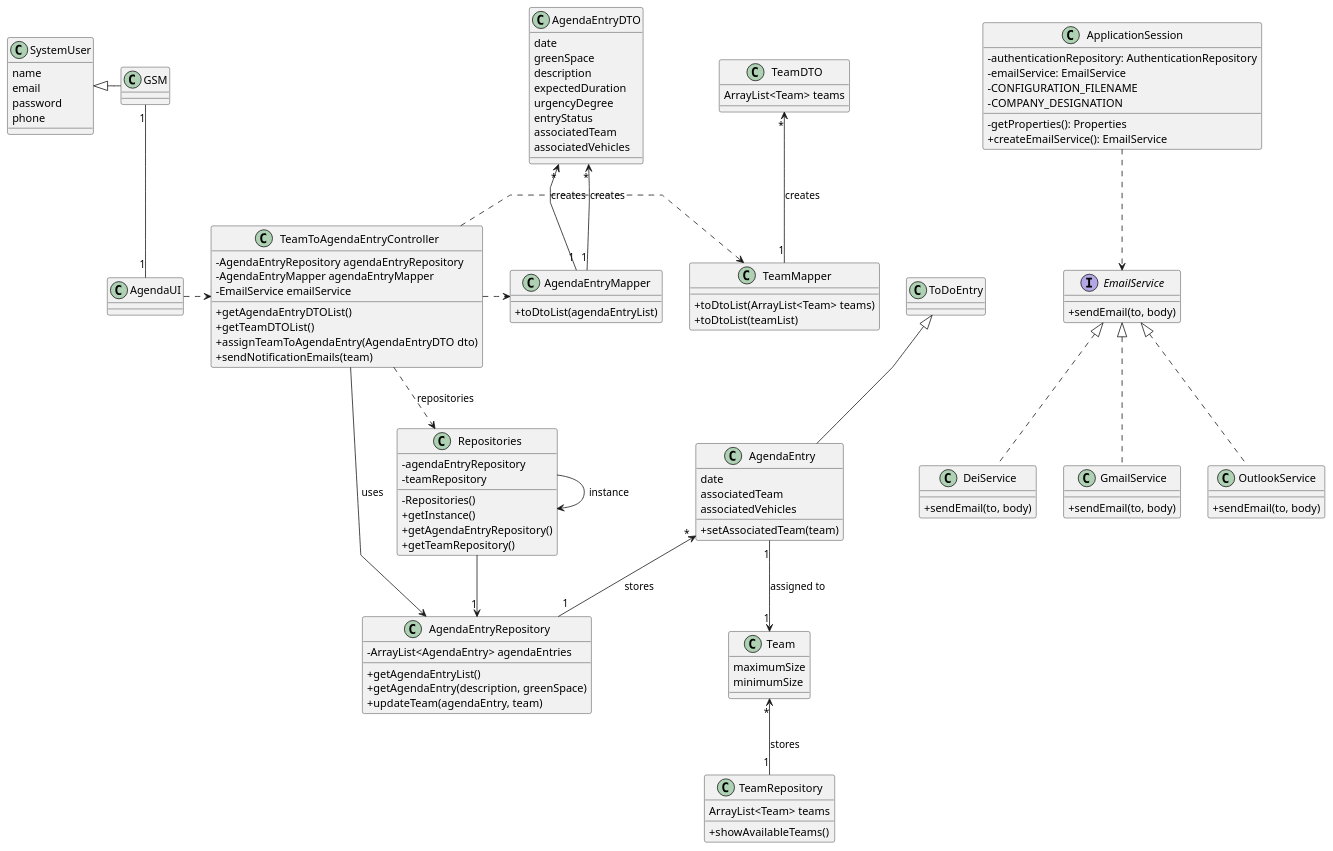
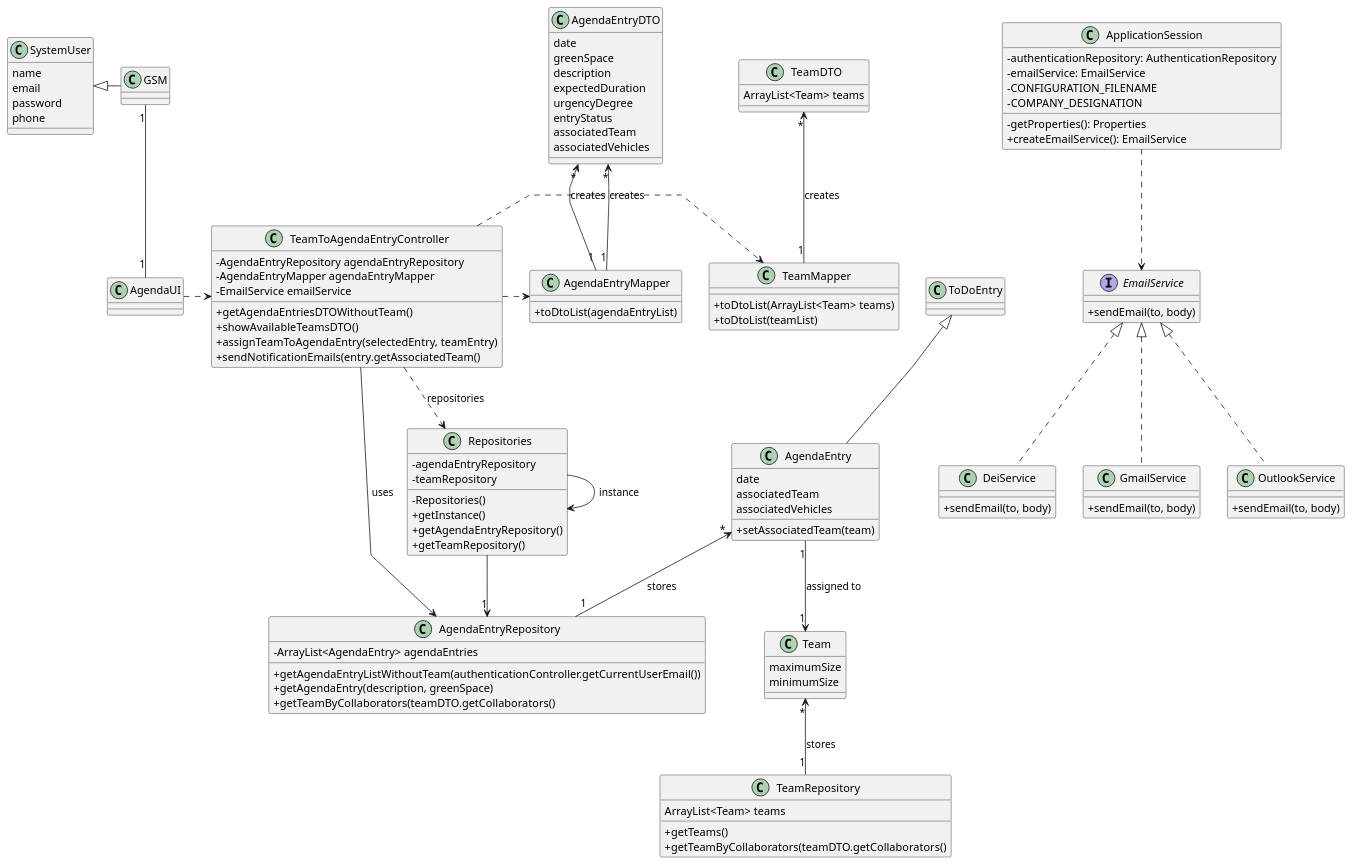
The diagram in docs/sprintC/us023/03.design/puml/us023-class-diagram.puml (Departamento-de-Engenharia-Informatica/lei-24-s2-1do-g164), drawn with PlantUML before and after one commit. The commit also changed 6 other files, not shown here.

```diff
--- a/docs/sprintC/us023/03.design/puml/us023-class-diagram.puml
+++ b/docs/sprintC/us023/03.design/puml/us023-class-diagram.puml
@@ -1,150 +1,151 @@
 @startuml
 skinparam classAttributeIconSize 0
 'skinparam monochrome true
 skinparam packageStyle rectangle
 skinparam shadowing false
 skinparam linetype polyline
 'skinparam linetype orto
 skinparam classAttributeIconSize 0
 
 class AgendaEntry {
     date
     associatedTeam
     associatedVehicles
     +setAssociatedTeam(team)
 }
 
 class AgendaEntryDTO {
 
     date
     greenSpace
     description
     expectedDuration
     urgencyDegree
     entryStatus
     associatedTeam
     associatedVehicles
 
 }
 
 class SystemUser {
     name
     email
     password
     phone
 }
 
 
 class AgendaEntryRepository {
     - ArrayList<AgendaEntry> agendaEntries
-    + getAgendaEntryList()
+    + getAgendaEntryListWithoutTeam(authenticationController.getCurrentUserEmail())
     + getAgendaEntry(description, greenSpace)
-    +updateTeam(agendaEntry, team)
+    + getTeamByCollaborators(teamDTO.getCollaborators()
 }
 
 class Repositories {
     - agendaEntryRepository
     -teamRepository
 
     - Repositories()
     + getInstance()
     + getAgendaEntryRepository()
     + getTeamRepository()
 
 }
 
 class AgendaEntryMapper {
     + toDtoList(agendaEntryList)
 
 }
 
 
 class TeamToAgendaEntryController {
     - AgendaEntryRepository agendaEntryRepository
     - AgendaEntryMapper agendaEntryMapper
     - EmailService emailService
 
-    + getAgendaEntryDTOList()
-    +getTeamDTOList()
-    +assignTeamToAgendaEntry(AgendaEntryDTO dto)
-    +sendNotificationEmails(team)
+    +getAgendaEntriesDTOWithoutTeam()
+    +showAvailableTeamsDTO()
+    +assignTeamToAgendaEntry(selectedEntry, teamEntry)
+    +sendNotificationEmails(entry.getAssociatedTeam()
 }
 
 class AgendaUI {
 
 }
 
 class Team{
 maximumSize
 minimumSize
 
 }
 
 class TeamRepository{
     ArrayList<Team> teams
-    +showAvailableTeams()
+    +getTeams()
+    +getTeamByCollaborators(teamDTO.getCollaborators()
 
 }
 
 class TeamMapper {
 +toDtoList(ArrayList<Team> teams)
 +toDtoList(teamList)
 
 }
 
 class TeamDTO {
 ArrayList<Team> teams
 }
 
 interface EmailService {
     + sendEmail(to, body)
 }
 
 class DeiService implements EmailService {
     + sendEmail(to, body)
 }
 
 class GmailService implements EmailService {
     + sendEmail(to, body)
 }
 
 class OutlookService implements EmailService {
     + sendEmail(to, body)
 }
 
 class ApplicationSession{
     -authenticationRepository: AuthenticationRepository
         -emailService: EmailService
         -CONFIGURATION_FILENAME
         -COMPANY_DESIGNATION
 
         -getProperties(): Properties
         +createEmailService(): EmailService
 }
 
 
 
 
 AgendaUI .> TeamToAgendaEntryController
 TeamToAgendaEntryController ..> Repositories : repositories
 Repositories --> "1" AgendaEntryRepository
 Repositories -> Repositories : instance
 TeamToAgendaEntryController .> AgendaEntryMapper
 TeamToAgendaEntryController .> TeamMapper
 TeamToAgendaEntryController --> AgendaEntryRepository : uses
 
 SystemUser <|- GSM
 ToDoEntry <|-- AgendaEntry
 
 GSM "1" -- "1" AgendaUI
 AgendaEntry "*" <-- "1" AgendaEntryRepository : stores
 AgendaEntryDTO "*" <-- "1" AgendaEntryMapper : creates
 AgendaEntry"1" --> "1" Team: assigned to
 Team "*" <-- "1" TeamRepository : stores
 AgendaEntryDTO "*" <-- "1" AgendaEntryMapper : creates
 TeamDTO "*" <-- "1" TeamMapper : creates
 
 
 ApplicationSession ..> EmailService
 
 @enduml
```
